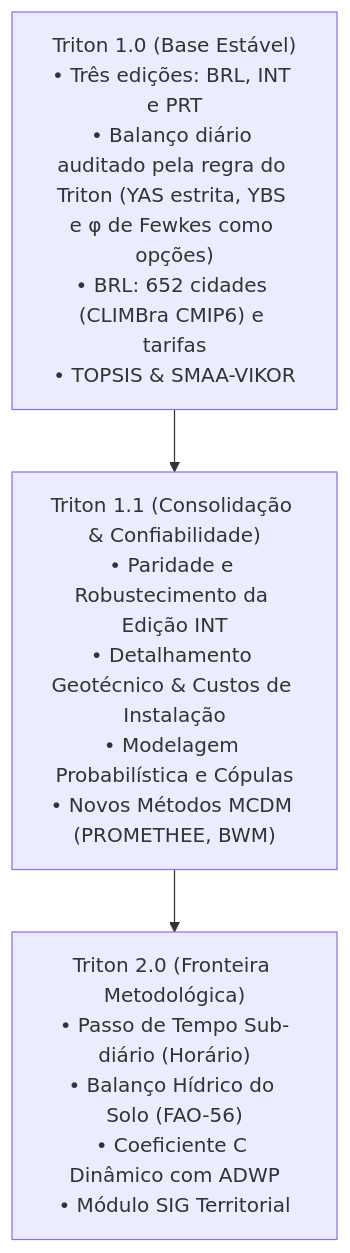
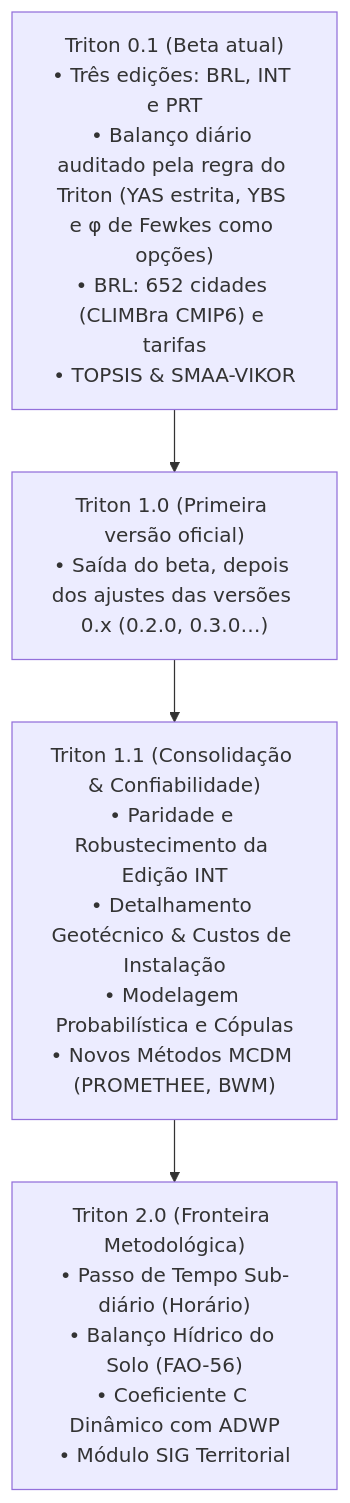
One commit to igorcmvaz/triton changed the diagram in ROADMAP.md. Above: the diagram before and after it, drawn with Mermaid. The commit also changed 774 other files, not shown here.

Commit message:
Conclusao das edicoes INT e PRT: manuais, PDFs, sites interativos, equacoes e testes 100% verdes

````diff
--- a/ROADMAP.md
+++ b/ROADMAP.md
@@ -9,8 +9,10 @@
 ```mermaid
 flowchart TD
-    V50["Triton 1.0 (Base Estável)<br>• Três edições: BRL, INT e PRT<br>• Balanço diário auditado pela regra do Triton (YAS estrita, YBS e φ de Fewkes como opções)<br>• BRL: 652 cidades (CLIMBra CMIP6) e tarifas<br>• TOPSIS & SMAA-VIKOR"]
+    V50["Triton 0.1 (Beta atual)<br>• Três edições: BRL, INT e PRT<br>• Balanço diário auditado pela regra do Triton (YAS estrita, YBS e φ de Fewkes como opções)<br>• BRL: 652 cidades (CLIMBra CMIP6) e tarifas<br>• TOPSIS & SMAA-VIKOR"]
     
-    V50 --> V51["Triton 1.1 (Consolidação & Confiabilidade)<br>• Paridade e Robustecimento da Edição INT<br>• Detalhamento Geotécnico & Custos de Instalação<br>• Modelagem Probabilística e Cópulas<br>• Novos Métodos MCDM (PROMETHEE, BWM)"]
+    V50 --> V10["Triton 1.0 (Primeira versão oficial)<br>• Saída do beta, depois dos ajustes das versões 0.x (0.2.0, 0.3.0…)"]
+
+    V10 --> V51["Triton 1.1 (Consolidação & Confiabilidade)<br>• Paridade e Robustecimento da Edição INT<br>• Detalhamento Geotécnico & Custos de Instalação<br>• Modelagem Probabilística e Cópulas<br>• Novos Métodos MCDM (PROMETHEE, BWM)"]
     
     V51 --> V60["Triton 2.0 (Fronteira Metodológica)<br>• Passo de Tempo Sub-diário (Horário)<br>• Balanço Hídrico do Solo (FAO-56)<br>• Coeficiente C Dinâmico com ADWP<br>• Módulo SIG Territorial"]
 ```
````
